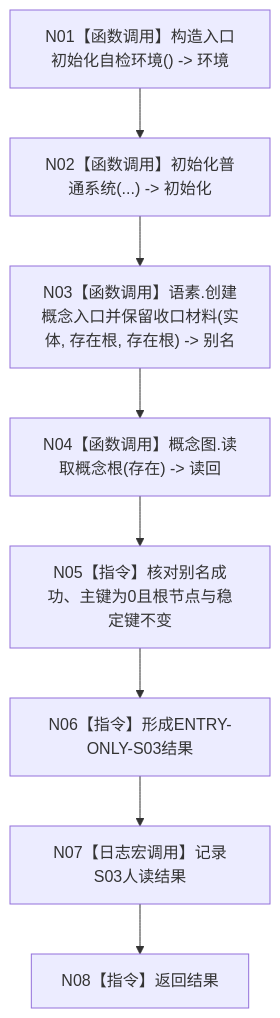
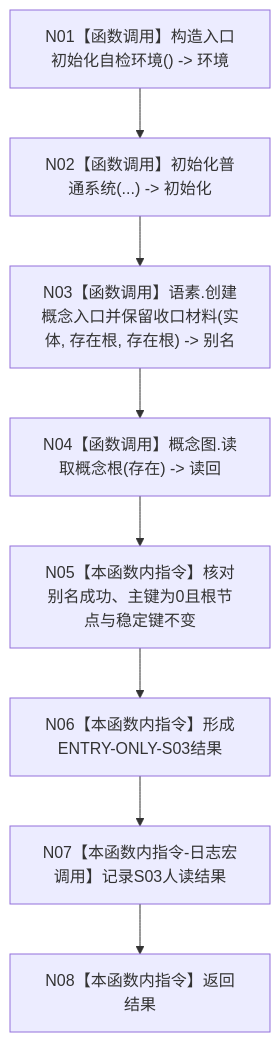
Before and after one commit to chunhaizh-cyber/HY-Ego: the diagram in 流程图/20260726_ENTRY-ONLY_S03_概念图非名称身份_施工流程图_v0.1.md, drawn with Mermaid. The commit also changed other lines of this file and 88 other files, not shown here.

````diff
--- a/流程图/20260726_ENTRY-ONLY_S03_概念图非名称身份_施工流程图_v0.1.md
+++ b/流程图/20260726_ENTRY-ONLY_S03_概念图非名称身份_施工流程图_v0.1.md
@@ -7,10 +27,10 @@
 ```mermaid
 flowchart TD
     N01["N01【函数调用】构造入口初始化自检环境() -> 环境"] --> N02["N02【函数调用】初始化普通系统(...) -> 初始化"]
     N02 --> N03["N03【函数调用】语素.创建概念入口并保留收口材料(实体, 存在根, 存在根) -> 别名"]
     N03 --> N04["N04【函数调用】概念图.读取概念根(存在) -> 读回"]
-    N04 --> N05["N05【指令】核对别名成功、主键为0且根节点与稳定键不变"]
-    N05 --> N06["N06【指令】形成ENTRY-ONLY-S03结果"]
-    N06 --> N07["N07【日志宏调用】记录S03人读结果"]
-    N07 --> N08["N08【指令】返回结果"]
+    N04 --> N05["N05【本函数内指令】核对别名成功、主键为0且根节点与稳定键不变"]
+    N05 --> N06["N06【本函数内指令】形成ENTRY-ONLY-S03结果"]
+    N06 --> N07["N07【本函数内指令-日志宏调用】记录S03人读结果"]
+    N07 --> N08["N08【本函数内指令】返回结果"]
 ```
````
